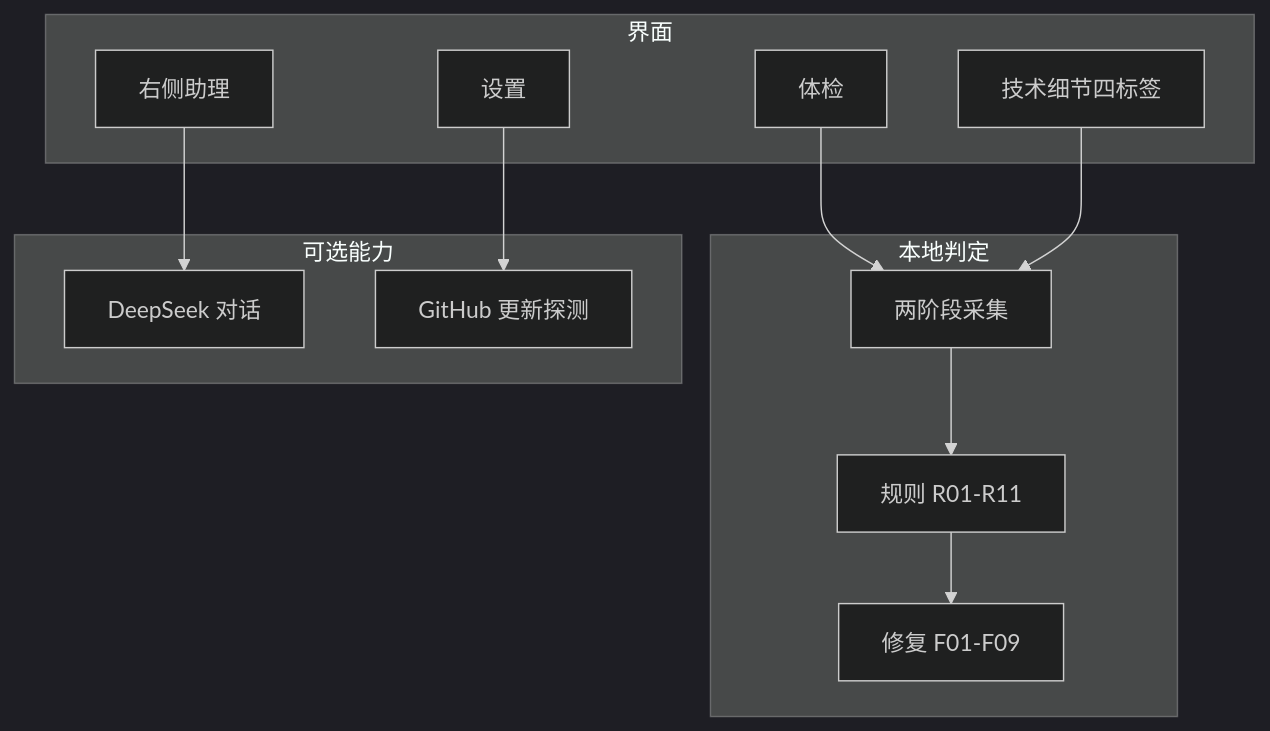
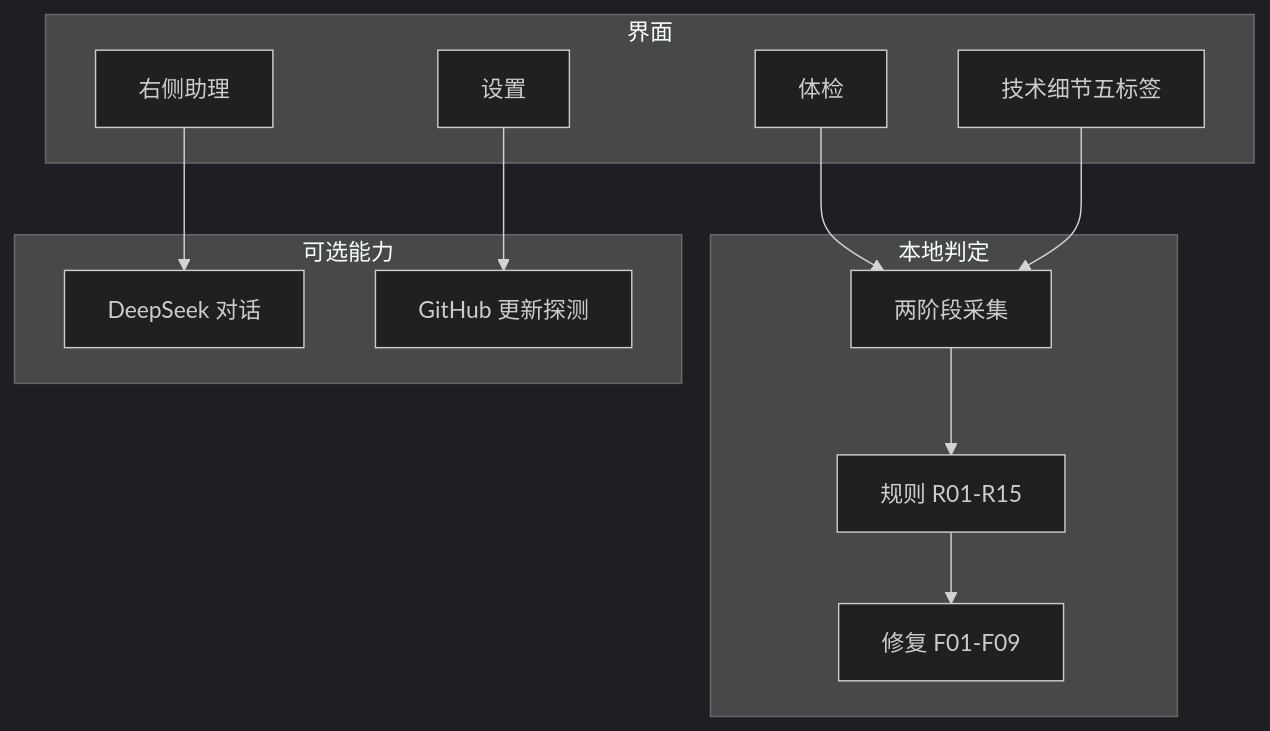
Before and after one commit to cr20085361/Remote-Desktop-Connection-Optimizer: the first of 3 diagrams in README.md, drawn with Mermaid (dark theme). The commit also changed other lines of this file and 29 other files, not shown here.

````diff
--- a/README.md
+++ b/README.md
@@ -11,24 +11,24 @@
 ```mermaid
 flowchart TB
   subgraph uiLayer ["界面"]
     verdict["体检"]
-    tech["技术细节四标签"]
+    tech["技术细节五标签"]
     settings["设置"]
     drawer["右侧助理"]
   end
   subgraph localLayer ["本地判定"]
     collect["两阶段采集"]
-    rules["规则 R01-R11"]
+    rules["规则 R01-R15"]
     fixes["修复 F01-F09"]
   end
   subgraph extraLayer ["可选能力"]
     ai["DeepSeek 对话"]
     update["GitHub 更新探测"]
   end
   verdict --> collect
   tech --> collect
   collect --> rules
   rules --> fixes
   drawer --> ai
   settings --> update
 ```
````
